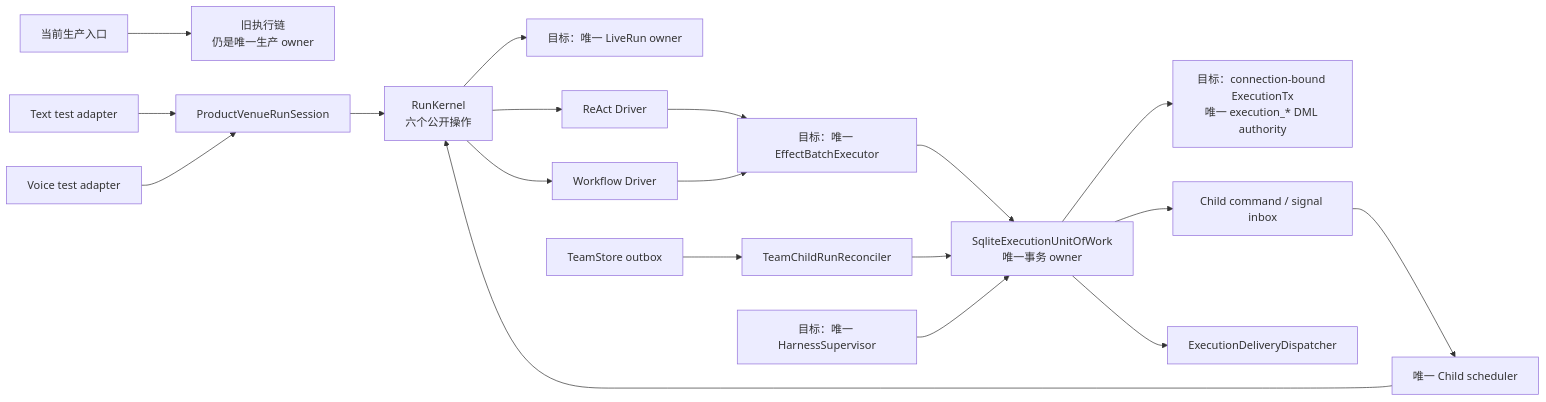
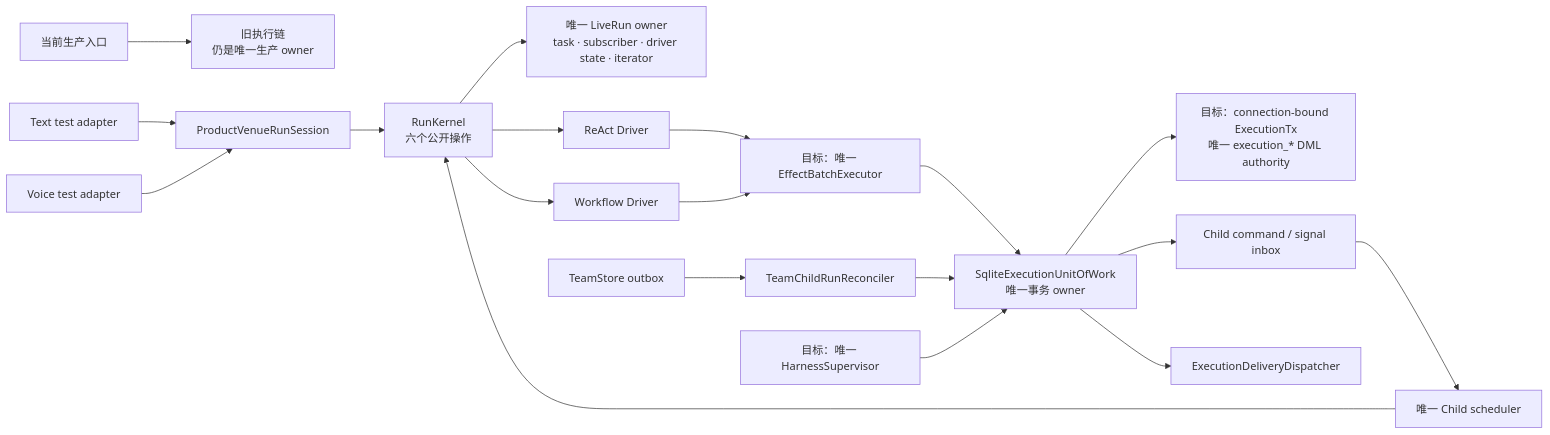
Before and after one commit to DennyWanye/simple_harness: the diagram in ARCHITECTURE/AGENT_HARNESS.md, drawn with Mermaid. The commit also changed other lines of this file and 14 other files, not shown here.

Commit message:
refactor(harness): unify live run ownership

````diff
--- a/ARCHITECTURE/AGENT_HARNESS.md
+++ b/ARCHITECTURE/AGENT_HARNESS.md
@@ -21,21 +21,21 @@
 ```mermaid
 flowchart LR
     Ingress["当前生产入口"] --> Legacy["旧执行链<br/>仍是唯一生产 owner"]
     Text["Text test adapter"] --> Session["ProductVenueRunSession"]
     Voice["Voice test adapter"] --> Session
     Session --> Kernel["RunKernel<br/>六个公开操作"]
-    Kernel --> Live["目标：唯一 LiveRun owner"]
+    Kernel --> Live["唯一 LiveRun owner<br/>task · subscriber · driver state · iterator"]
     Kernel --> React["ReAct Driver"]
     Kernel --> Workflow["Workflow Driver"]
     React --> Effect["目标：唯一 EffectBatchExecutor"]
     Workflow --> Effect
     Effect --> UoW["SqliteExecutionUnitOfWork<br/>唯一事务 owner"]
     UoW --> Tx["目标：connection-bound ExecutionTx<br/>唯一 execution_* DML authority"]
     UoW --> Child["Child command / signal inbox"]
     Child --> Scheduler["唯一 Child scheduler"]
     Scheduler --> Kernel
     UoW --> Delivery["ExecutionDeliveryDispatcher"]
     Team["TeamStore outbox"] --> Reconciler["TeamChildRunReconciler"]
     Reconciler --> UoW
     Supervisor["目标：唯一 HarnessSupervisor"] --> UoW
 ```
````
